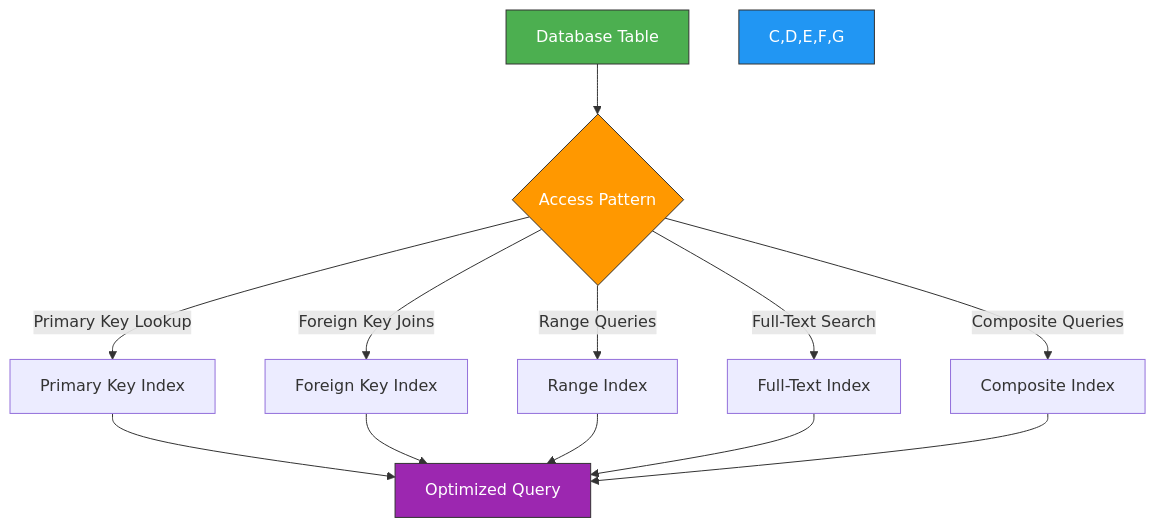
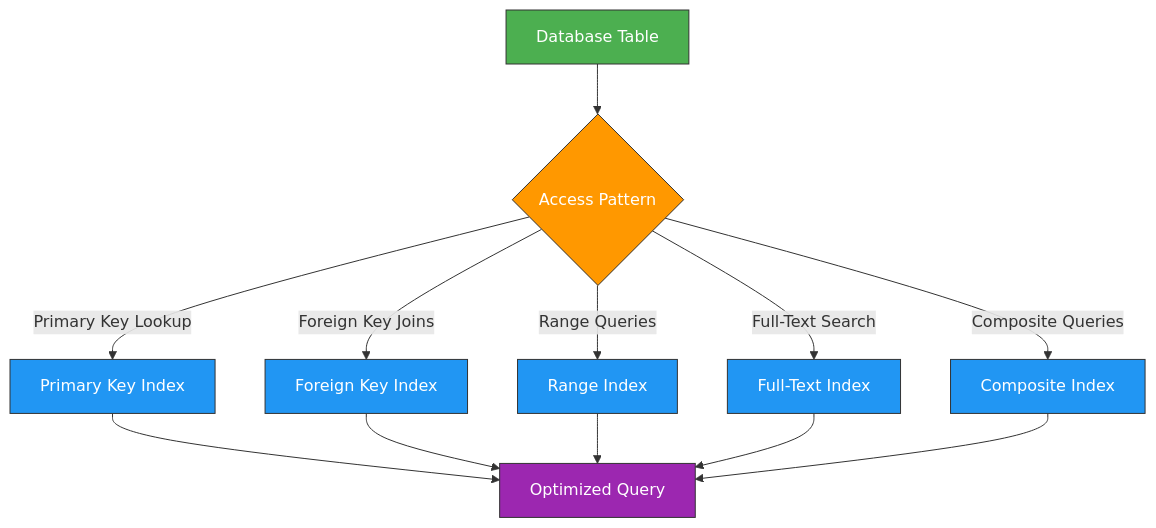
The fifth of 6 diagrams in TuPhung_Docs/docs/backend/database.md (TuPhung369/Haaga_Backend_Programming), drawn with Mermaid before and after one commit. The commit also changed other lines of this file and 25 other files, not shown here.

````diff
--- a/TuPhung_Docs/docs/backend/database.md
+++ b/TuPhung_Docs/docs/backend/database.md
@@ -346,21 +351,26 @@
 ```mermaid
 flowchart TD
     A[Database Table] --> B{Access Pattern}
 
     B -->|Primary Key Lookup| C[Primary Key Index]
     B -->|Foreign Key Joins| D[Foreign Key Index]
     B -->|Range Queries| E[Range Index]
     B -->|Full-Text Search| F[Full-Text Index]
     B -->|Composite Queries| G[Composite Index]
 
     C --> H[Optimized Query]
     D --> H
     E --> H
     F --> H
     G --> H
 
-    style A fill:#4CAF50,stroke:#333,stroke-width:1px,color:#fff
-    style B fill:#FF9800,stroke:#333,stroke-width:1px,color:#fff
-    style C,D,E,F,G fill:#2196F3,stroke:#333,stroke-width:1px,color:#fff
-    style H fill:#9C27B0,stroke:#333,stroke-width:1px,color:#fff
+    classDef inputQuery fill:#4CAF50,stroke:#333,stroke-width:1px,color:#fff
+    classDef analyzer fill:#FF9800,stroke:#333,stroke-width:1px,color:#fff
+    classDef optimizationSteps fill:#2196F3,stroke:#333,stroke-width:1px,color:#fff
+    classDef finalQuery fill:#9C27B0,stroke:#333,stroke-width:1px,color:#fff
+    
+    class A inputQuery
+    class B analyzer
+    class C,D,E,F,G optimizationSteps
+    class H finalQuery
 ```
````
